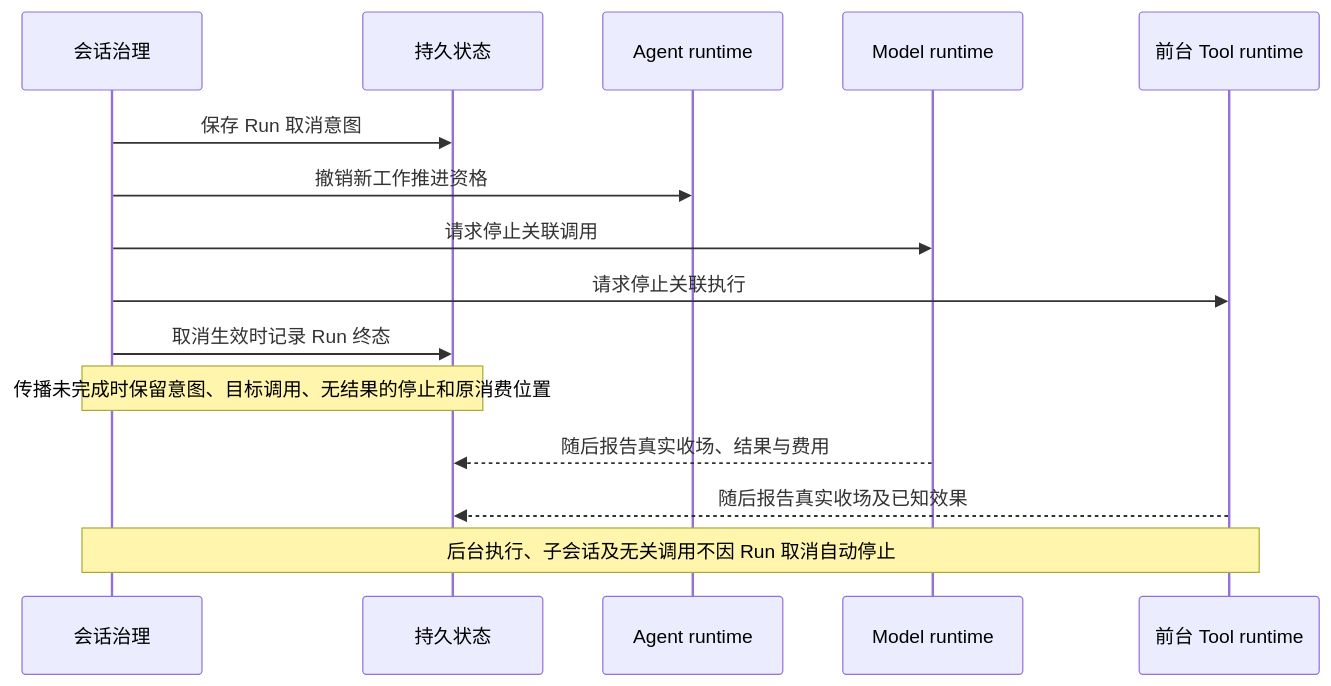
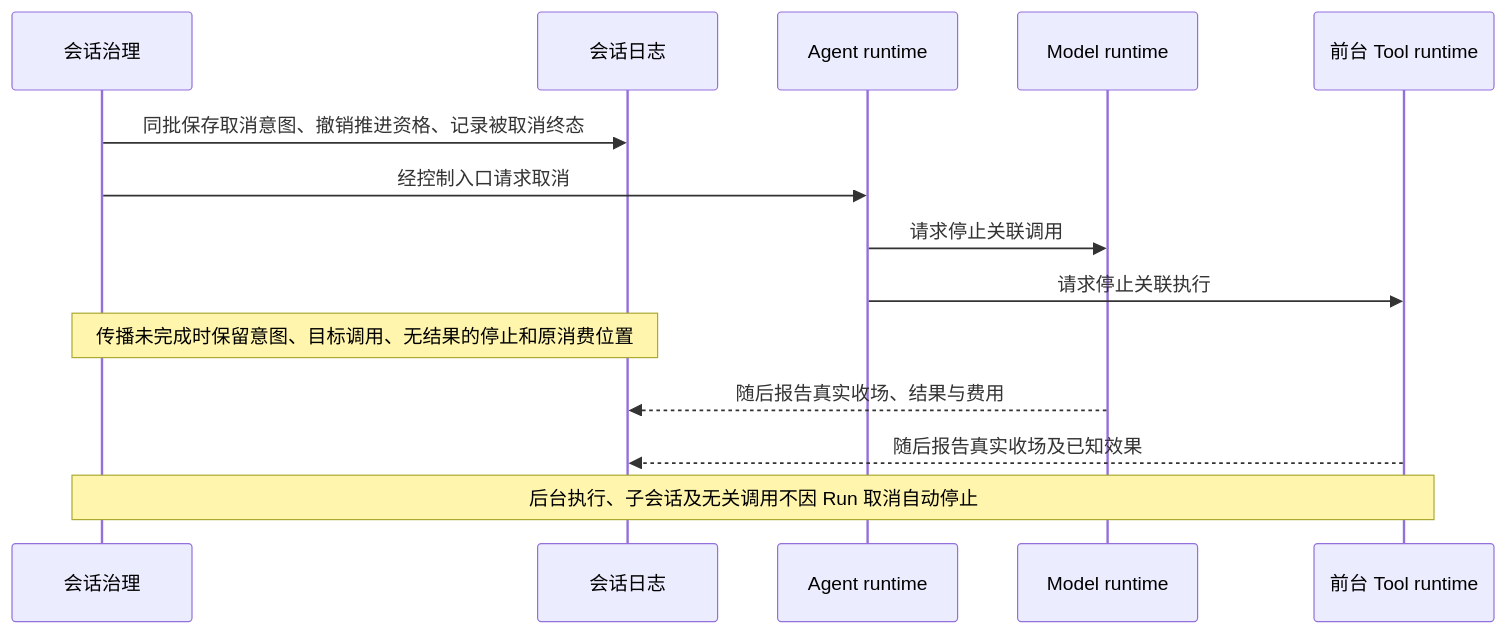
The first of 3 diagrams in docs/architecture/runtime/control-and-recovery.md (nemori-ai/omne-harness-lite), drawn with Mermaid before and after one commit. The commit also changed other lines of this file and 4 other files, not shown here.

First line of the commit message:
docs(architecture): Session 系统页重写与情形表

````diff
--- a/docs/architecture/runtime/control-and-recovery.md
+++ b/docs/architecture/runtime/control-and-recovery.md
@@ -17,17 +33,16 @@
 ```mermaid
 sequenceDiagram
     participant G as 会话治理
-    participant S as 持久状态
+    participant S as 会话日志
     participant A as Agent runtime
     participant M as Model runtime
     participant T as 前台 Tool runtime
-    G->>S: 保存 Run 取消意图
-    G->>A: 撤销新工作推进资格
-    G->>M: 请求停止关联调用
-    G->>T: 请求停止关联执行
-    G->>S: 取消生效时记录 Run 终态
+    G->>S: 同批保存取消意图、撤销推进资格、记录被取消终态
+    G->>A: 经控制入口请求取消
+    A->>M: 请求停止关联调用
+    A->>T: 请求停止关联执行
     Note over G,S: 传播未完成时保留意图、目标调用、无结果的停止和原消费位置
     M-->>S: 随后报告真实收场、结果与费用
     T-->>S: 随后报告真实收场及已知效果
     Note over G,T: 后台执行、子会话及无关调用不因 Run 取消自动停止
 ```
````
